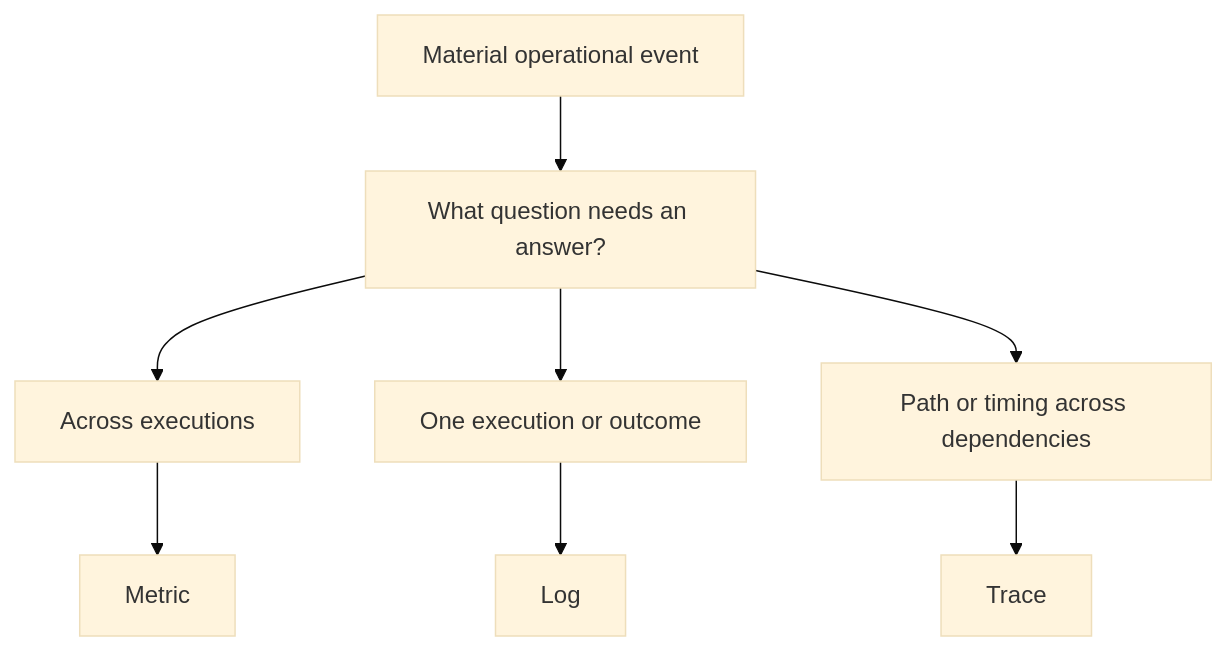
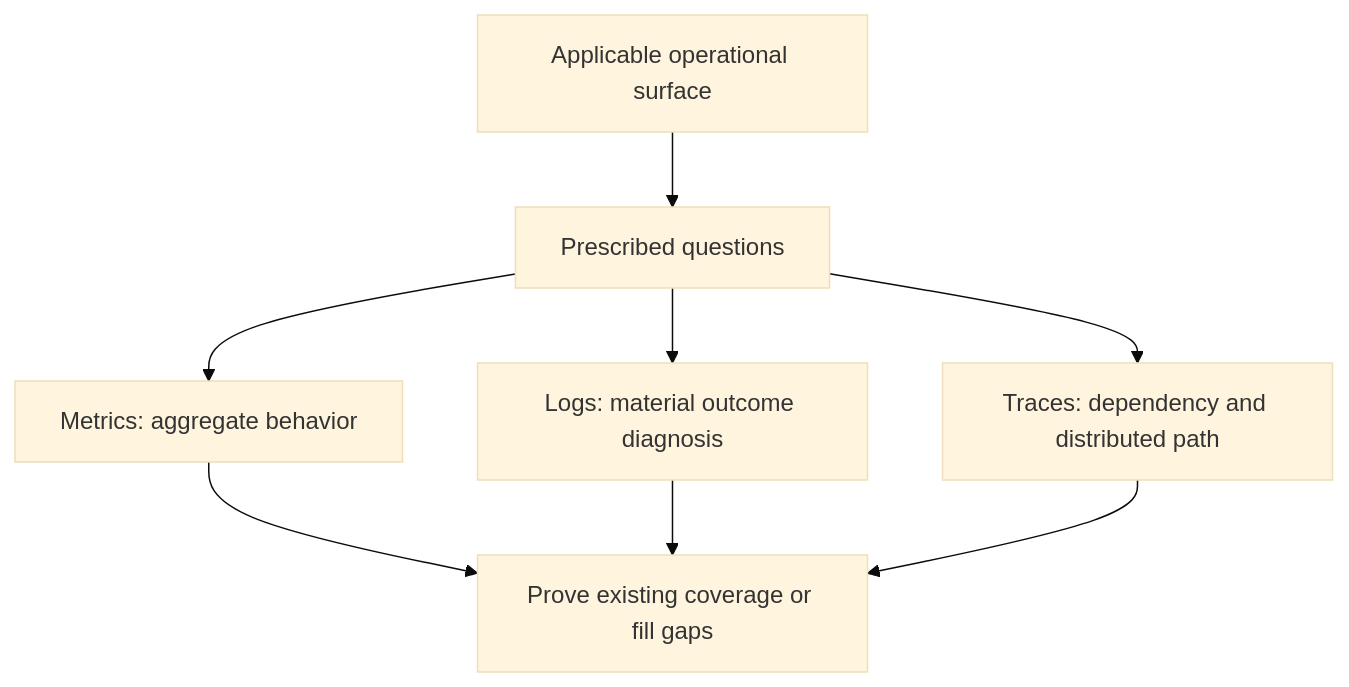
Before and after one commit to oxalc88/aws-observability-instrumentation: the diagram in skills/lambda-powertools/SKILL.md, drawn with Mermaid (base theme). The commit also changed other lines of this file and 23 other files, not shown here.

Commit message:
Preserve prescribed Sentry surface coverage in Lambda Powertools

````diff
--- a/skills/lambda-powertools/SKILL.md
+++ b/skills/lambda-powertools/SKILL.md
@@ -12,10 +12,10 @@
 ```mermaid
 flowchart TD
-    E["Material operational event"] --> Q["What question needs an answer?"]
-    Q --> A["Across executions"]
-    Q --> O["One execution or outcome"]
-    A --> M["Metric"]
-    O --> L["Log"]
-    Q --> P["Path or timing across dependencies"]
-    P --> T["Trace"]
+    S["Applicable operational surface"] --> Q["Prescribed questions"]
+    Q --> M["Metrics: aggregate behavior"]
+    Q --> L["Logs: material outcome diagnosis"]
+    Q --> T["Traces: dependency and distributed path"]
+    M --> C["Prove existing coverage or fill gaps"]
+    L --> C
+    T --> C
 ```
````
